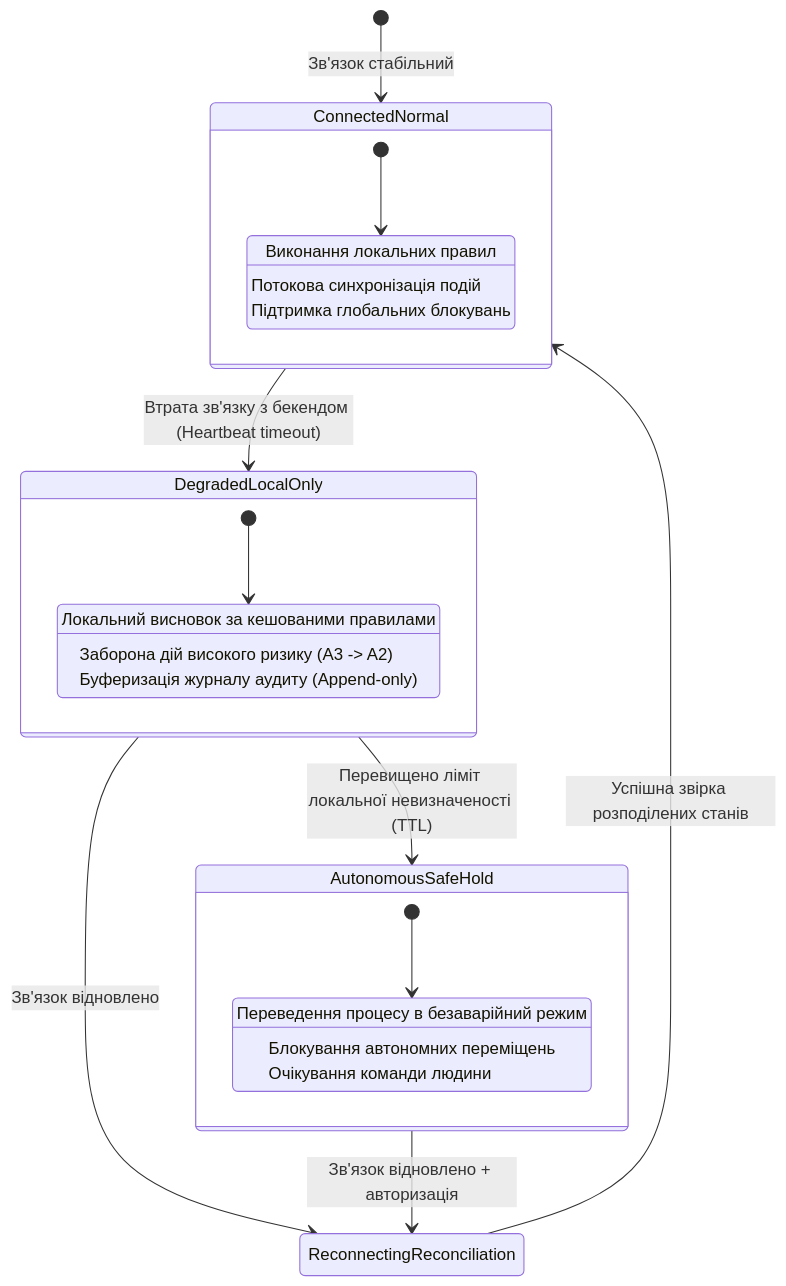
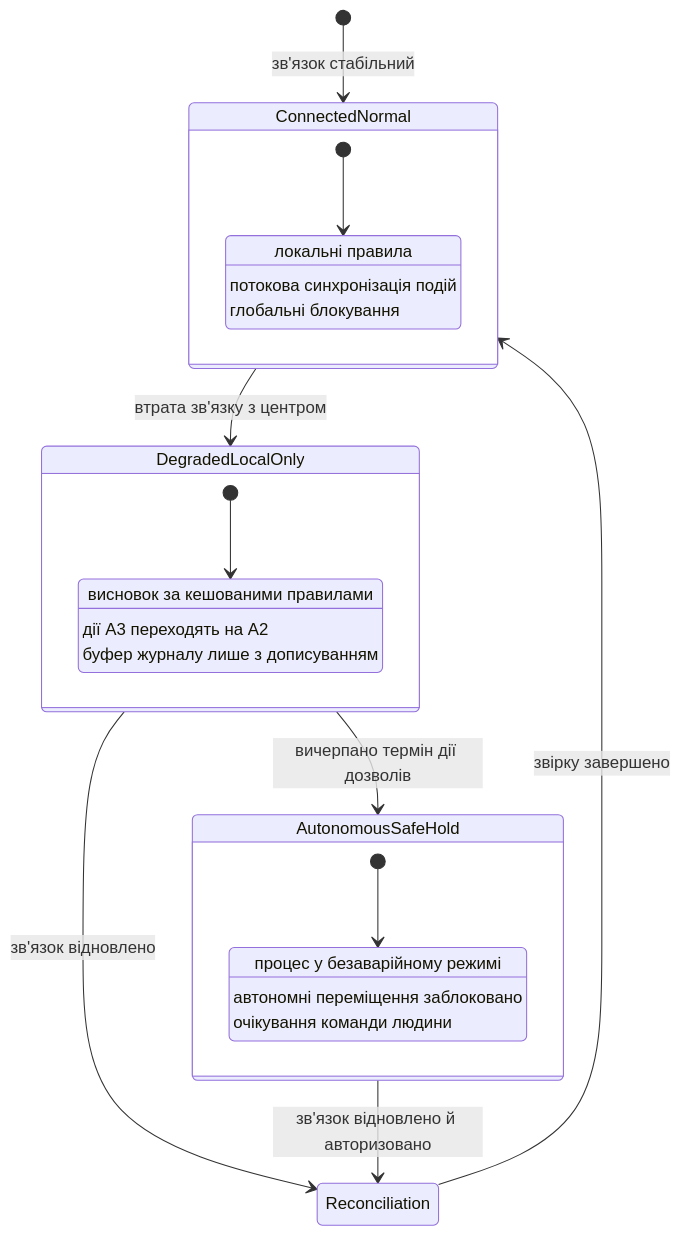
The fourth of 5 diagrams in ExpertSystem/ch22-cybernetics-edge-to-backend.md (nick-fedchik/articles), drawn with Mermaid before and after one commit. The commit also changed other lines of this file and 7 other files, not shown here.

````diff
--- a/ExpertSystem/ch22-cybernetics-edge-to-backend.md
+++ b/ExpertSystem/ch22-cybernetics-edge-to-backend.md
@@ -291,33 +328,33 @@
 ```mermaid
 stateDiagram-v2
-    accTitle: Скінченний автомат режимів деградації при збоях мережі
-    accDescr: Переходи між ConnectedNormal, DegradedLocalOnly, AutonomousSafeHold та ReconnectingReconciliation.
+    accTitle: Режими деградації периферійного вузла за обриву зв'язку
+    accDescr: Вузол переходить із нормального режиму в локальний за втрати зв'язку, у безпечне утримання після вичерпання терміну дії дозволів, і повертається до нормального режиму через звірку станів.
 
-    [*] --> ConnectedNormal: Зв'язок стабільний
-    ConnectedNormal --> DegradedLocalOnly: Втрата зв'язку з бекендом (Heartbeat timeout)
-    DegradedLocalOnly --> AutonomousSafeHold: Перевищено ліміт локальної невизначеності (TTL)
-    DegradedLocalOnly --> ReconnectingReconciliation: Зв'язок відновлено
-    AutonomousSafeHold --> ReconnectingReconciliation: Зв'язок відновлено + авторизація
-    ReconnectingReconciliation --> ConnectedNormal: Успішна звірка розподілених станів
+    [*] --> ConnectedNormal: зв'язок стабільний
+    ConnectedNormal --> DegradedLocalOnly: втрата зв'язку з центром
+    DegradedLocalOnly --> AutonomousSafeHold: вичерпано термін дії дозволів
+    DegradedLocalOnly --> Reconciliation: зв'язок відновлено
+    AutonomousSafeHold --> Reconciliation: зв'язок відновлено й авторизовано
+    Reconciliation --> ConnectedNormal: звірку завершено
 
     state ConnectedNormal {
         [*] --> FullCoordination
-        FullCoordination: Виконання локальних правил
-        FullCoordination: Потокова синхронізація подій
-        FullCoordination: Підтримка глобальних блокувань
+        FullCoordination: локальні правила
+        FullCoordination: потокова синхронізація подій
+        FullCoordination: глобальні блокування
     }
 
     state DegradedLocalOnly {
         [*] --> IsolatedEnforcement
-        IsolatedEnforcement: Локальний висновок за кешованими правилами
-        IsolatedEnforcement: Заборона дій високого ризику (A3 -> A2)
-        IsolatedEnforcement: Буферизація журналу аудиту (Append-only)
+        IsolatedEnforcement: висновок за кешованими правилами
+        IsolatedEnforcement: дії A3 переходять на A2
+        IsolatedEnforcement: буфер журналу лише з дописуванням
     }
 
     state AutonomousSafeHold {
         [*] --> FailsafeMode
-        FailsafeMode: Переведення процесу в безаварійний режим
-        FailsafeMode: Блокування автономних переміщень
-        FailsafeMode: Очікування команди людини
+        FailsafeMode: процес у безаварійному режимі
+        FailsafeMode: автономні переміщення заблоковано
+        FailsafeMode: очікування команди людини
     }
 ```
````
